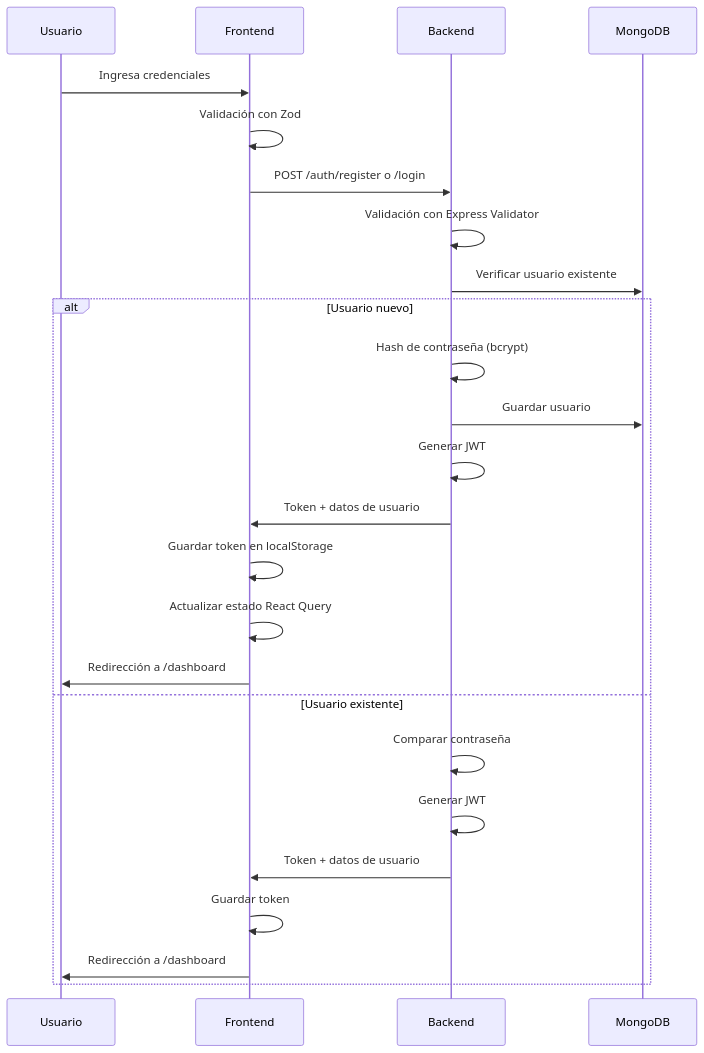
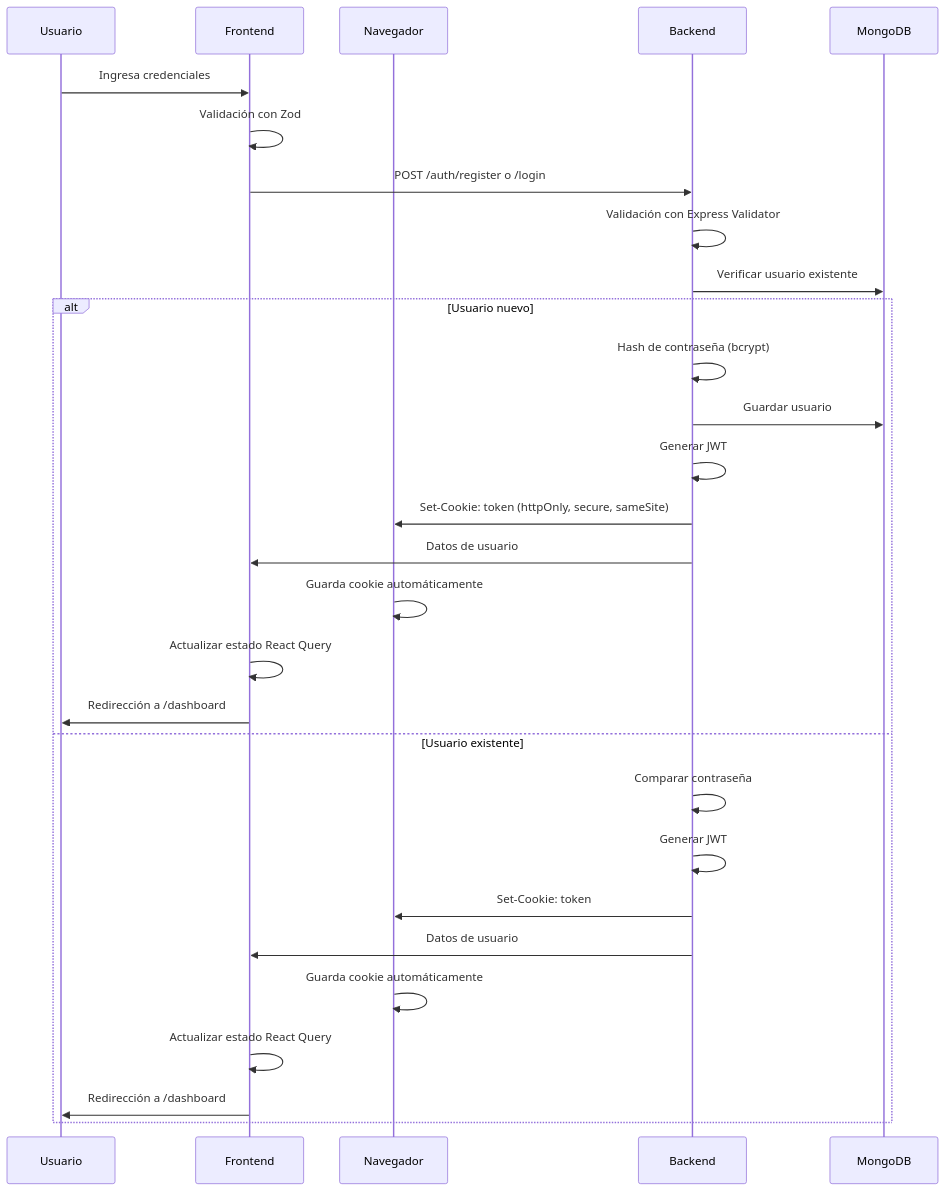
The diagram in DOCUMENTACION_PROYECTO.md (Ronaldodev03/todo-app-mern), drawn with Mermaid before and after one commit. The commit also changed other lines of this file and 10 other files, not shown here.

````diff
--- a/DOCUMENTACION_PROYECTO.md
+++ b/DOCUMENTACION_PROYECTO.md
@@ -703,28 +740,32 @@
 ```mermaid
 sequenceDiagram
     participant Usuario
     participant Frontend
+    participant Navegador
     participant Backend
     participant MongoDB
 
     Usuario->>Frontend: Ingresa credenciales
     Frontend->>Frontend: Validación con Zod
     Frontend->>Backend: POST /auth/register o /login
     Backend->>Backend: Validación con Express Validator
     Backend->>MongoDB: Verificar usuario existente
     alt Usuario nuevo
         Backend->>Backend: Hash de contraseña (bcrypt)
         Backend->>MongoDB: Guardar usuario
         Backend->>Backend: Generar JWT
-        Backend->>Frontend: Token + datos de usuario
-        Frontend->>Frontend: Guardar token en localStorage
+        Backend->>Navegador: Set-Cookie: token (httpOnly, secure, sameSite)
+        Backend->>Frontend: Datos de usuario
+        Navegador->>Navegador: Guarda cookie automáticamente
         Frontend->>Frontend: Actualizar estado React Query
         Frontend->>Usuario: Redirección a /dashboard
     else Usuario existente
         Backend->>Backend: Comparar contraseña
         Backend->>Backend: Generar JWT
-        Backend->>Frontend: Token + datos de usuario
-        Frontend->>Frontend: Guardar token
+        Backend->>Navegador: Set-Cookie: token
+        Backend->>Frontend: Datos de usuario
+        Navegador->>Navegador: Guarda cookie automáticamente
+        Frontend->>Frontend: Actualizar estado React Query
         Frontend->>Usuario: Redirección a /dashboard
     end
 ```
````
